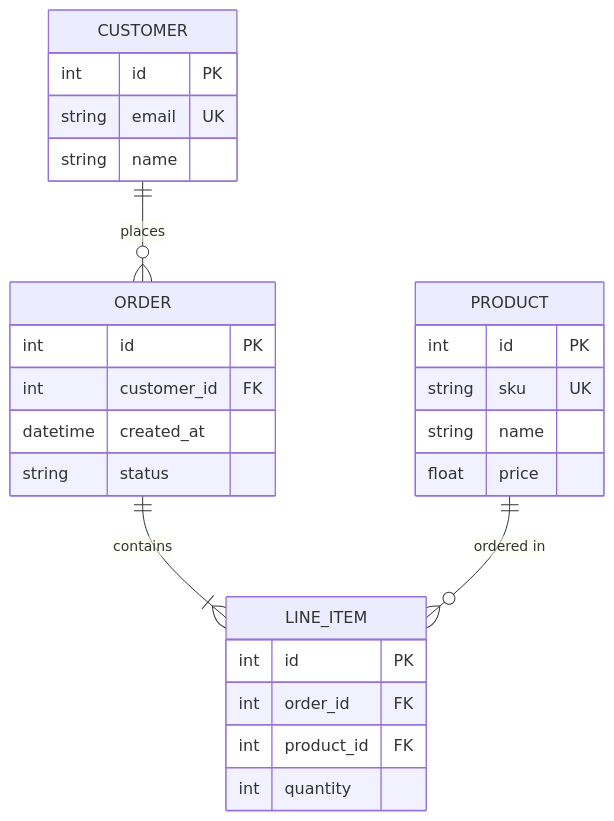
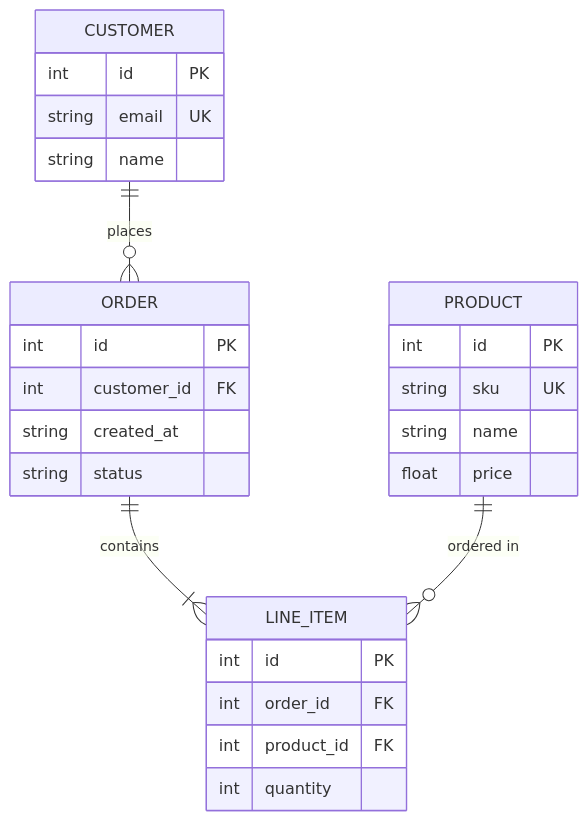
The fifth of 11 diagrams in README.md (iamvaleriofantozzi/mermaid-design), drawn with Mermaid before and after one commit. The commit also changed other lines of this file and 3 other files, not shown here.

First line of the commit message:
fix: ER datetime→string, remove %% comments from timeline/quadrant/ER examples

````diff
--- a/README.md
+++ b/README.md
@@ -350,33 +350,29 @@
 ```mermaid
 erDiagram
     CUSTOMER ||--o{ ORDER : places
     CUSTOMER {
         int id PK
         string email UK
         string name
     }
     ORDER ||--|{ LINE_ITEM : contains
     ORDER {
         int id PK
         int customer_id FK
-        datetime created_at
+        string created_at
         string status
     }
     LINE_ITEM {
         int id PK
         int order_id FK
         int product_id FK
         int quantity
     }
     PRODUCT ||--o{ LINE_ITEM : "ordered in"
     PRODUCT {
         int id PK
         string sku UK
         string name
         float price
     }
-
-%% Legend:
-%% Central entity: ORDER (aggregate root)
-%% || one  ○ zero  { many
 ```
````
